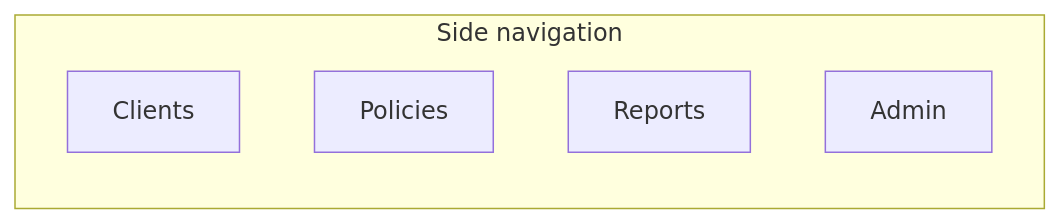
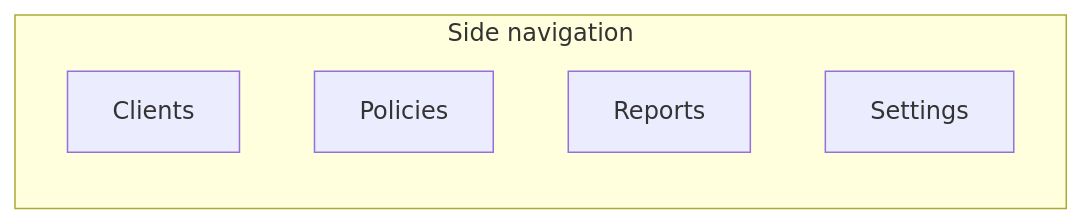
The first of 11 diagrams in CAR_INSURANCE_UI_FLOW.md (zhex900/irecon-insurance-app), drawn with Mermaid before and after one commit. The commit also changed other lines of this file and 20 other files, not shown here.

````diff
--- a/CAR_INSURANCE_UI_FLOW.md
+++ b/CAR_INSURANCE_UI_FLOW.md
@@ -37,9 +37,9 @@
 ```mermaid
 flowchart LR
   subgraph sideNav [Side navigation]
     Clients[Clients]
     Policies[Policies]
     Reports[Reports]
-    Admin[Admin]
+    Settings[Settings]
   end
 ```
````
